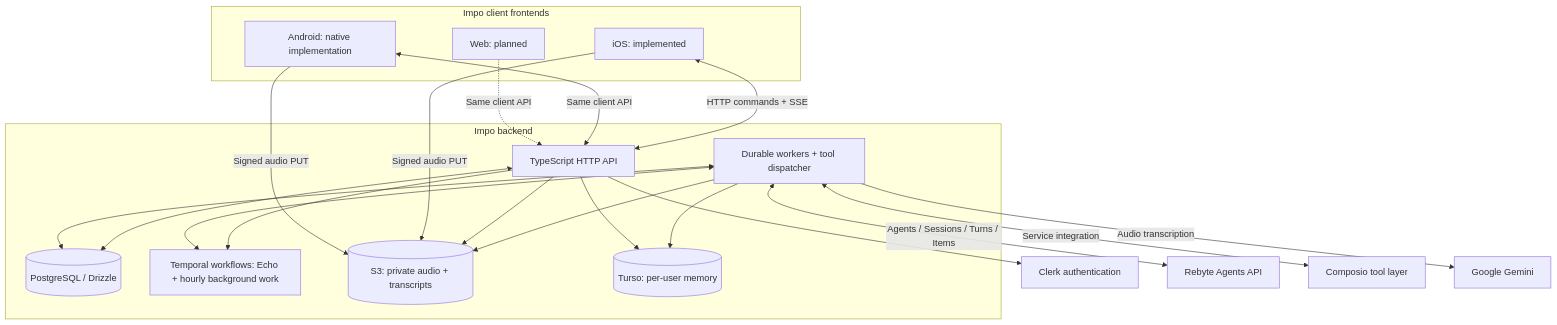
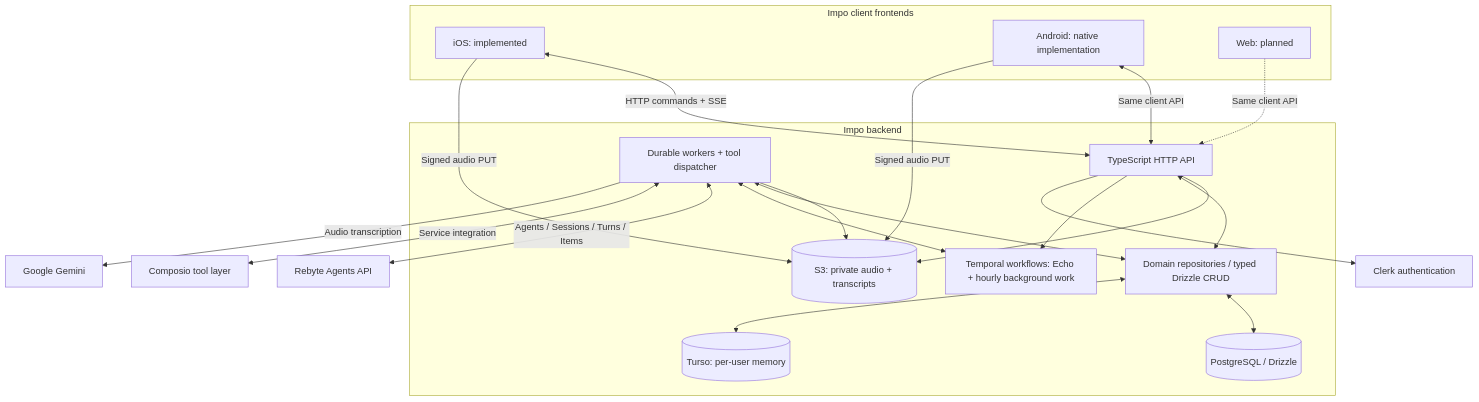
The diagram in README.md (impoai/impo), drawn with Mermaid before and after one commit. The commit also changed other lines of this file and 57 other files, not shown here.

Commit message:
Centralize database access in typed Drizzle repositories

````diff
--- a/README.md
+++ b/README.md
@@ -75,33 +75,34 @@
 ```mermaid
 flowchart TB
     subgraph Clients["Impo client frontends"]
         App["iOS: implemented"]
         Android["Android: native implementation"]
         Web["Web: planned"]
     end
     subgraph Backend["Impo backend"]
         API["TypeScript HTTP API"]
+        Repositories["Domain repositories / typed Drizzle CRUD"]
         DB[("PostgreSQL / Drizzle")]
         Worker["Durable workers + tool dispatcher"]
         Temporal["Temporal workflows: Echo + hourly background work"]
         S3[("S3: private audio + transcripts")]
         Turso[("Turso: per-user memory")]
         Worker --> S3
-        Worker --> Turso
         API --> S3
-        API --> Turso
-        API <--> DB
-        Worker <--> DB
+        API <--> Repositories
+        Worker <--> Repositories
+        Repositories <--> DB
+        Repositories <--> Turso
         API --> Temporal
         Worker <--> Temporal
     end
     App <-->|"HTTP commands + SSE"| API
     App -->|"Signed audio PUT"| S3
     Android <-->|"Same client API"| API
     Android -->|"Signed audio PUT"| S3
     Web -.->|"Same client API"| API
     API --> Clerk["Clerk authentication"]
     Worker <-->|"Agents / Sessions / Turns / Items"| Rebyte["Rebyte Agents API"]
     Worker <-->|"Service integration"| Composio["Composio tool layer"]
     Worker -->|"Audio transcription"| Gemini["Google Gemini"]
 ```
````
